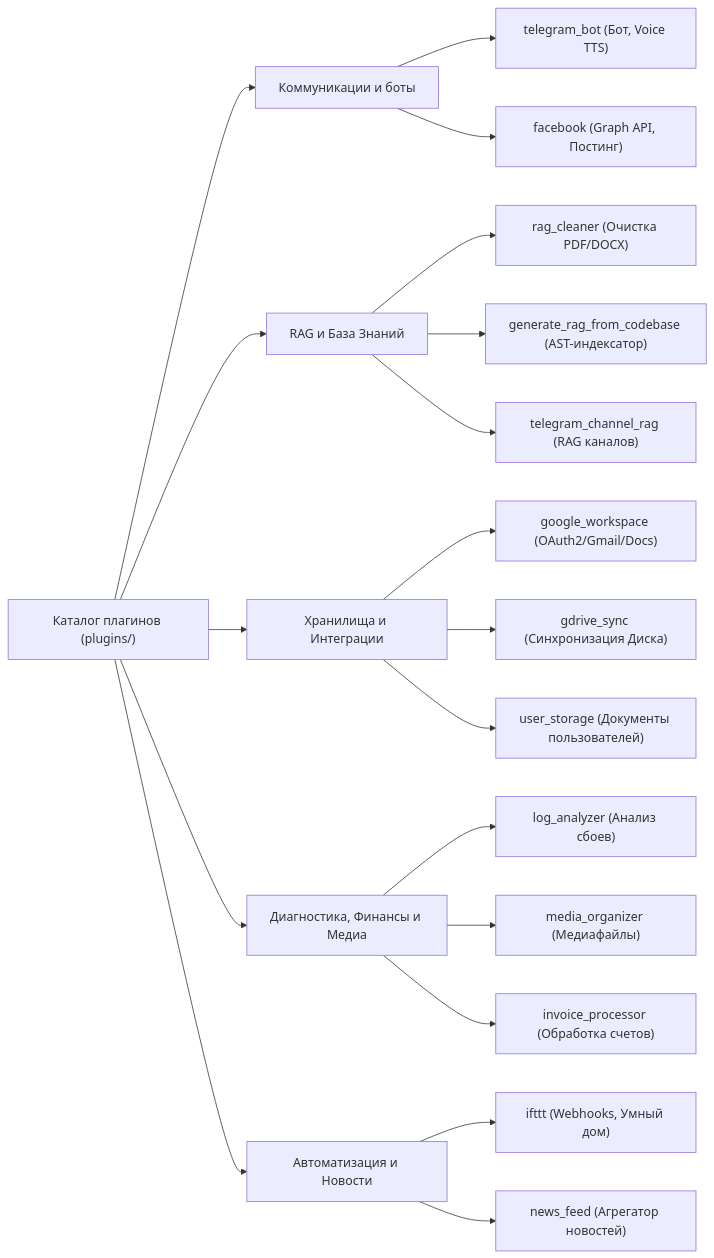
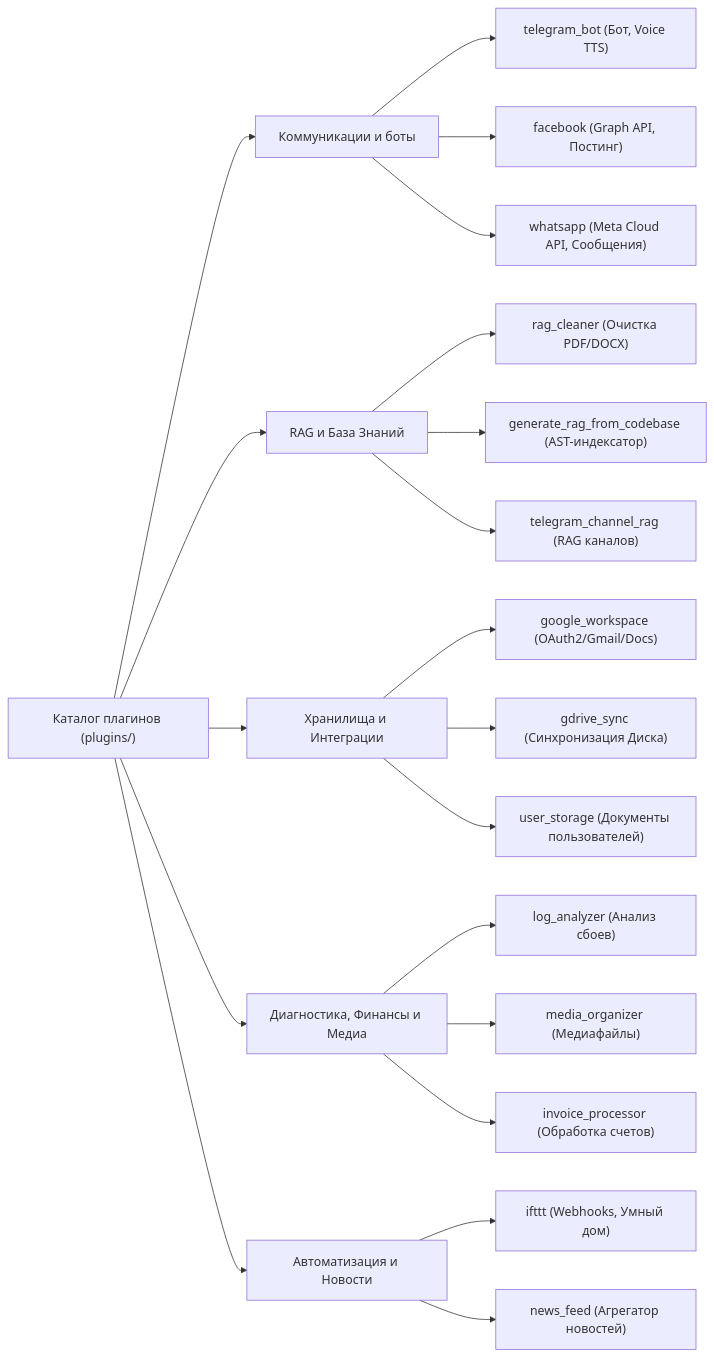
Before and after one commit to hypo69/AI-Breadboard: the diagram in docs/ru/plugins/catalog.md, drawn with Mermaid. The commit also changed other lines of this file and 345 other files, not shown here.

````diff
--- a/docs/ru/plugins/catalog.md
+++ b/docs/ru/plugins/catalog.md
@@ -12,26 +12,27 @@
 ```mermaid
 graph LR
     Plugins["Каталог плагинов (plugins/)"] --> Social["Коммуникации и боты"]
     Plugins --> RAG["RAG и База Знаний"]
     Plugins --> Storage["Хранилища и Интеграции"]
     Plugins --> Analytics["Диагностика, Финансы и Медиа"]
     Plugins --> Automation["Автоматизация и Новости"]
     
     Social --> P1["telegram_bot (Бот, Voice TTS)"]
     Social --> P2["facebook (Graph API, Постинг)"]
+    Social --> P14["whatsapp (Meta Cloud API, Сообщения)"]
     
     RAG --> P3["rag_cleaner (Очистка PDF/DOCX)"]
     RAG --> P4["generate_rag_from_codebase (AST-индексатор)"]
     RAG --> P5["telegram_channel_rag (RAG каналов)"]
     
     Storage --> P6["google_workspace (OAuth2/Gmail/Docs)"]
     Storage --> P7["gdrive_sync (Синхронизация Диска)"]
     Storage --> P8["user_storage (Документы пользователей)"]
     
     Analytics --> P9["log_analyzer (Анализ сбоев)"]
     Analytics --> P10["media_organizer (Медиафайлы)"]
     Analytics --> P11["invoice_processor (Обработка счетов)"]
 
     Automation --> P12["ifttt (Webhooks, Умный дом)"]
     Automation --> P13["news_feed (Агрегатор новостей)"]
 ```
````
